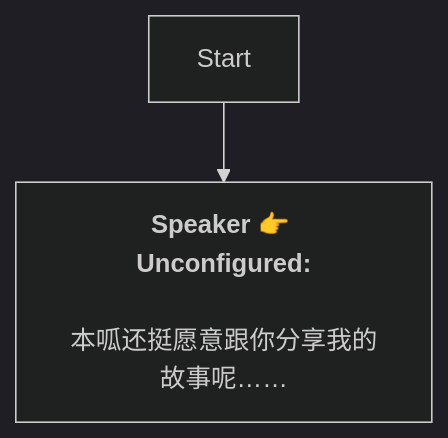
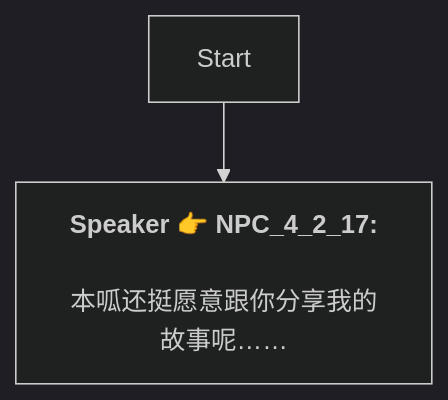
The diagram in Zh/QuestApproachDialogNode_1738357867219030.md (SoftHu/tos_avg), drawn with Mermaid (dark theme) before and after one commit. The commit also changed 737 other files, not shown here.

````diff
--- a/Zh/QuestApproachDialogNode_1738357867219030.md
+++ b/Zh/QuestApproachDialogNode_1738357867219030.md
@@ -1,7 +1,6 @@
 ```mermaid
 graph
-Start -->1738357909404762[<b>Speaker 👉 Unconfigured:</b>
+Start -->1738357909404762[<b>Speaker 👉 NPC_4_2_17:</b>
+\n本呱还挺愿意跟你分享我的故事呢……]
 
-本呱还挺愿意跟你分享我的故事呢……]
-
- ```
+```
````
